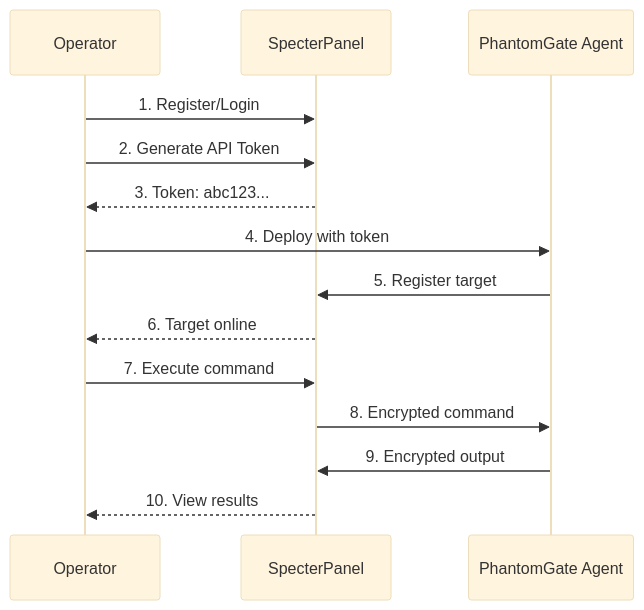
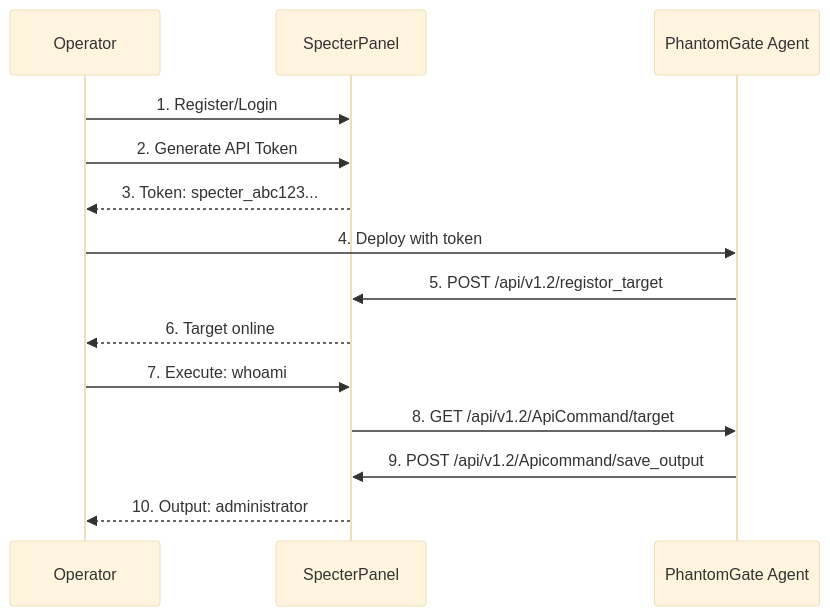
One commit to omerKkemal/oh-tool-v2 changed the diagram in README.md. Above: the diagram before and after it, drawn with Mermaid (base theme). The commit also changed other lines of this file, not shown here.

````diff
--- a/README.md
+++ b/README.md
@@ -180,17 +258,17 @@
 ```mermaid
 sequenceDiagram
-    participant Operator
-    participant C2 as SpecterPanel
-    participant Agent as PhantomGate Agent
+    participant 👤 as Operator
+    participant 🖥️ as SpecterPanel
+    participant 📡 as PhantomGate Agent
     
-    Operator->>C2: 1. Register/Login
-    Operator->>C2: 2. Generate API Token
-    C2-->>Operator: 3. Token: abc123...
-    Operator->>Agent: 4. Deploy with token
-    Agent->>C2: 5. Register target
-    C2-->>Operator: 6. Target online
-    Operator->>C2: 7. Execute command
-    C2->>Agent: 8. Encrypted command
-    Agent->>C2: 9. Encrypted output
-    C2-->>Operator: 10. View results
+    👤->>🖥️: 1. Register/Login
+    👤->>🖥️: 2. Generate API Token
+    🖥️-->>👤: 3. Token: specter_abc123...
+    👤->>📡: 4. Deploy with token
+    📡->>🖥️: 5. POST /api/v1.2/registor_target
+    🖥️-->>👤: 6. Target online
+    👤->>🖥️: 7. Execute: whoami
+    🖥️->>📡: 8. GET /api/v1.2/ApiCommand/target
+    📡->>🖥️: 9. POST /api/v1.2/Apicommand/save_output
+    🖥️-->>👤: 10. Output: administrator
 ```
````
